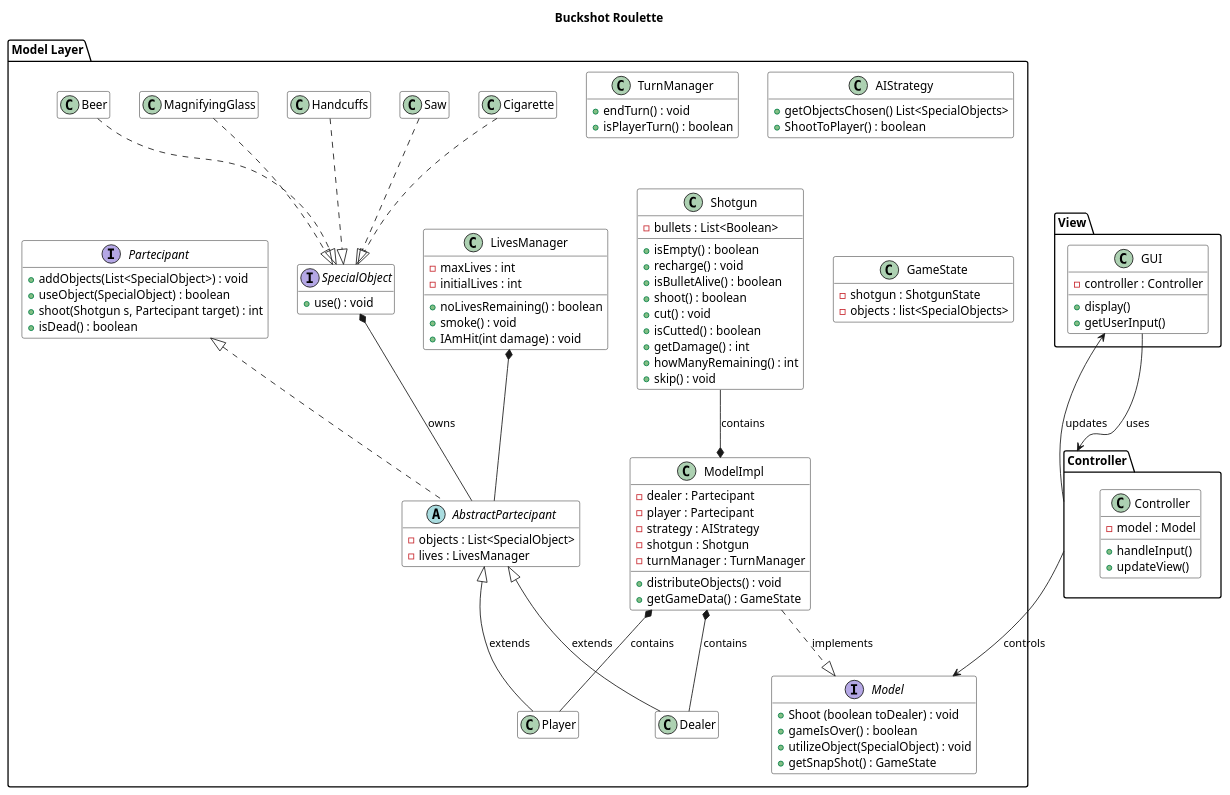
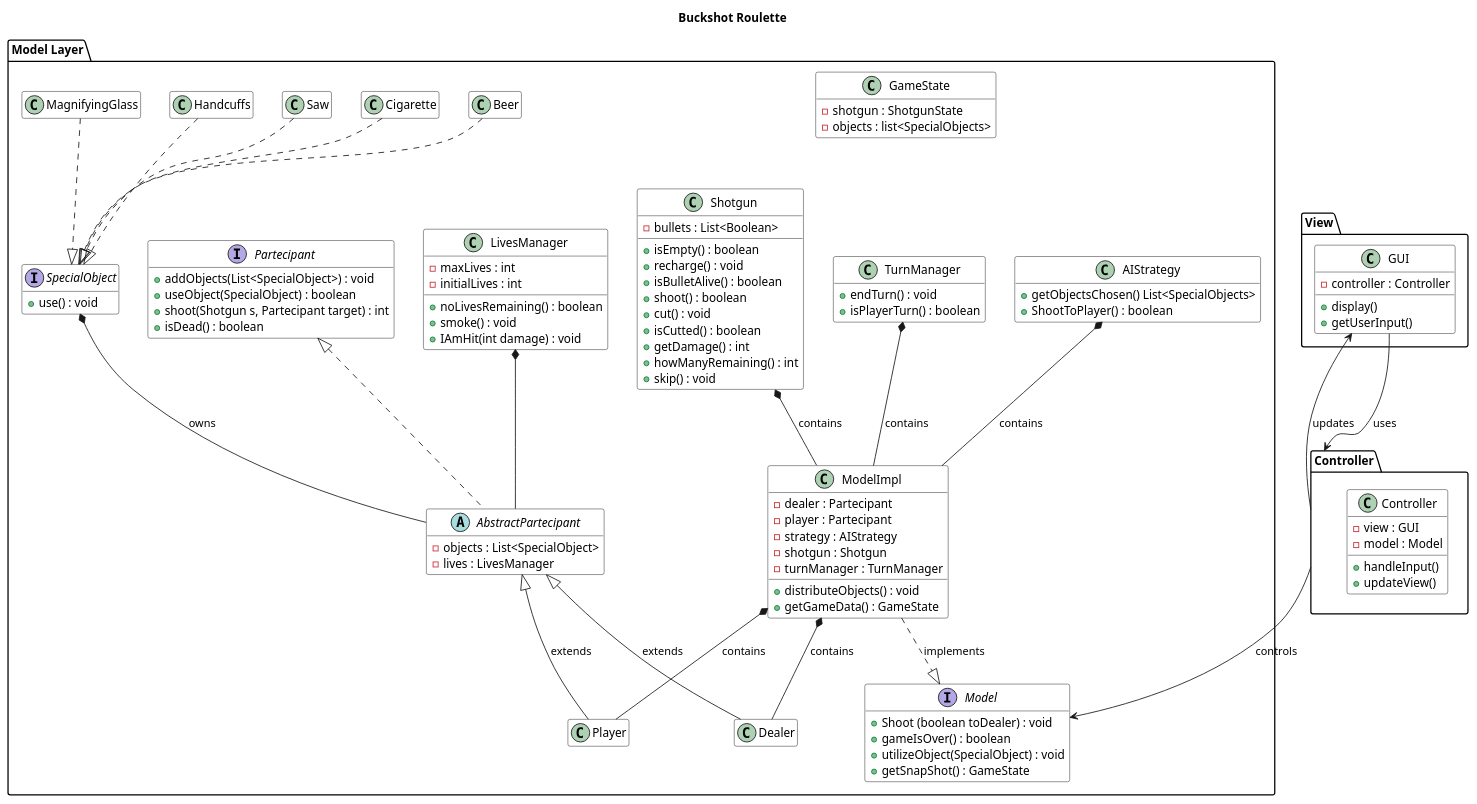
Before and after one commit to Farios0/BuckShot-OOP: the diagram in docs/UML/UML.puml, drawn with PlantUML.

Commit message:
improved UML

```diff
--- a/docs/UML/UML.puml
+++ b/docs/UML/UML.puml
@@ -1,149 +1,152 @@
 @startuml Buckshot Roulette
 title Buckshot Roulette
 skinparam {
   ClassBackgroundColor White
   ClassBorderColor Black
   FontSize 12
   TitleFontSize 14
   TitleFontStyle bold
 }
 
 hide empty members
 
 package "Model Layer" {
     interface Model {
         + Shoot (boolean toDealer) : void
         + gameIsOver() : boolean
         + utilizeObject(SpecialObject) : void
         + getSnapShot() : GameState
     }
   
     class ModelImpl {
         + distributeObjects() : void
         + getGameData() : GameState
         - dealer : Partecipant
         - player : Partecipant
         - strategy : AIStrategy
         - shotgun : Shotgun
         - turnManager : TurnManager
     }
   
     ModelImpl ..|> Model : implements
 
 
 
     interface Partecipant {
         + addObjects(List<SpecialObject>) : void
         + useObject(SpecialObject) : boolean
         + shoot(Shotgun s, Partecipant target) : int
         + isDead() : boolean
     }
 
     abstract class AbstractPartecipant  {
         - objects : List<SpecialObject>
         - lives : LivesManager 
     }
 
     class TurnManager {
       + endTurn() : void
       + isPlayerTurn() : boolean
     }
     
     class Dealer {
         
     }
     
     class Player {
         
     }
     
     AbstractPartecipant <|-- Dealer : extends
     AbstractPartecipant <|-- Player : extends
     Partecipant <|.. AbstractPartecipant
 
     interface SpecialObject {
     + use() : void
     }
 
     class LivesManager {
         - maxLives : int
         - initialLives : int
         + noLivesRemaining() : boolean
         + smoke() : void
         + IAmHit(int damage) : void
     }
 
     class Shotgun {
         - bullets : List<Boolean>
         + isEmpty() : boolean
         + recharge() : void
         + isBulletAlive() : boolean
         + shoot() : boolean
         + cut() : void
         + isCutted() : boolean
         + getDamage() : int
         + howManyRemaining() : int
         + skip() : void
     }
 
     Class AIStrategy {
        + getObjectsChosen() List<SpecialObjects>
        + ShootToPlayer() : boolean
     }
     
     class GameState {
         - shotgun : ShotgunState
         - objects : list<SpecialObjects>
     }
 
     class Beer {
 
     }
 
     class Cigarette {
 
     }
 
     class Saw {
 
     }
 
     class Handcuffs {
 
     }
 
     class MagnifyingGlass {
 
     }
 }
 package "Controller" {
   class Controller {
+    - view : GUI
     - model : Model
     + handleInput()
     + updateView()
   }
 }  
 
 package "View" {
   class GUI {
     - controller : Controller
     + display()
     + getUserInput()
   }
 }
 
 ModelImpl *-- Dealer : contains
 ModelImpl *-- Player : contains
 SpecialObject *-- AbstractPartecipant : owns
 LivesManager *-- AbstractPartecipant
 Controller --> Model : controls
 GUI --> Controller : uses
 Controller --> GUI : updates
-ModelImpl *--up Shotgun : contains
+Shotgun *--down ModelImpl : contains
+AIStrategy *-- ModelImpl : contains
+TurnManager *-- ModelImpl : contains
 Beer ..|> SpecialObject
 Handcuffs ..|> SpecialObject
 Cigarette ..|> SpecialObject
 MagnifyingGlass ..|> SpecialObject
 Saw ..|> SpecialObject
 
 @enduml
```
